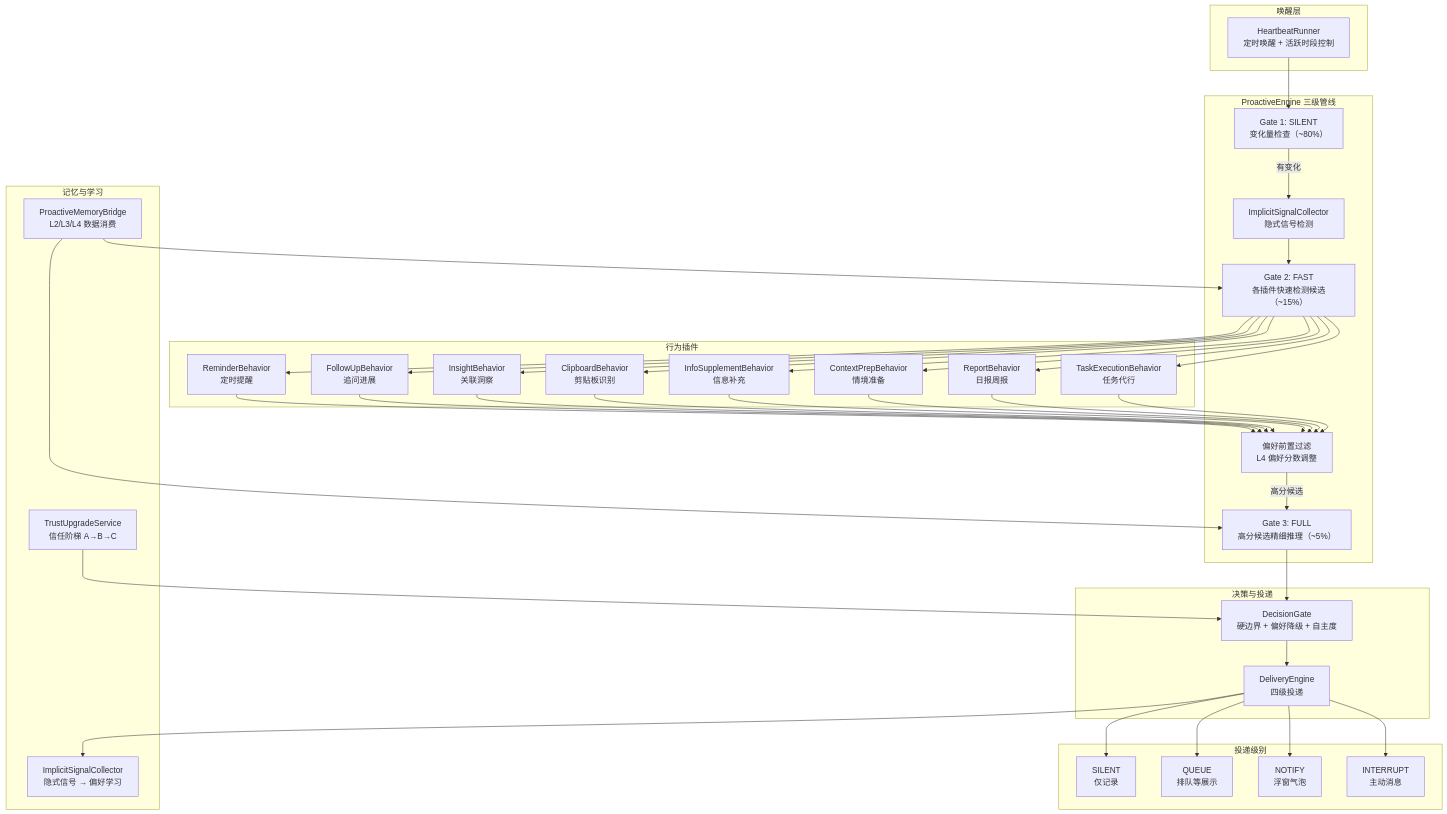
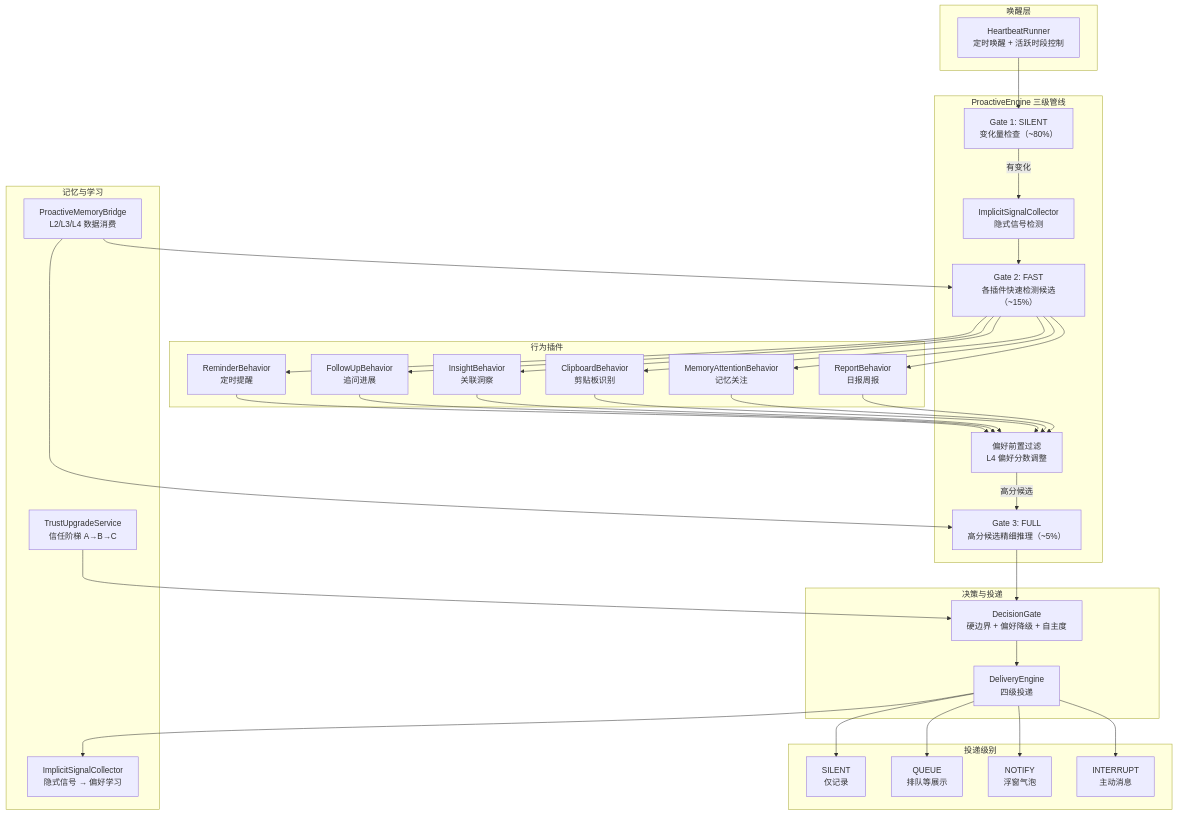
Before and after one commit to ntygod/LifePilot: the first of 2 diagrams in docs/architecture/proactive-reminder-engine.md, drawn with Mermaid. The commit also changed other lines of this file and 31 other files, not shown here.

````diff
--- a/docs/architecture/proactive-reminder-engine.md
+++ b/docs/architecture/proactive-reminder-engine.md
@@ -113,57 +111,55 @@
 ```mermaid
 graph TB
     subgraph "唤醒层"
         HB["HeartbeatRunner<br/>定时唤醒 + 活跃时段控制"]
     end
 
     subgraph "ProactiveEngine 三级管线"
         G1["Gate 1: SILENT<br/>变化量检查（~80%）"]
         ISC["ImplicitSignalCollector<br/>隐式信号检测"]
         G2["Gate 2: FAST<br/>各插件快速检测候选（~15%）"]
         PREF["偏好前置过滤<br/>L4 偏好分数调整"]
         G3["Gate 3: FULL<br/>高分候选精细推理（~5%）"]
     end
 
     subgraph "行为插件"
         B1["ReminderBehavior<br/>定时提醒"]
         B2["FollowUpBehavior<br/>追问进展"]
         B3["InsightBehavior<br/>关联洞察"]
         B4["ClipboardBehavior<br/>剪贴板识别"]
-        B5["InfoSupplementBehavior<br/>信息补充"]
-        B6["ContextPrepBehavior<br/>情境准备"]
-        B7["ReportBehavior<br/>日报周报"]
-        B8["TaskExecutionBehavior<br/>任务代行"]
+        B5["MemoryAttentionBehavior<br/>记忆关注"]
+        B6["ReportBehavior<br/>日报周报"]
     end
 
     subgraph "决策与投递"
         DG["DecisionGate<br/>硬边界 + 偏好降级 + 自主度"]
         DE["DeliveryEngine<br/>四级投递"]
     end
 
     subgraph "记忆与学习"
         MB["ProactiveMemoryBridge<br/>L2/L3/L4 数据消费"]
         TS["TrustUpgradeService<br/>信任阶梯 A→B→C"]
         ISC2["ImplicitSignalCollector<br/>隐式信号 → 偏好学习"]
     end
 
     subgraph "投递级别"
         SILENT["SILENT<br/>仅记录"]
         QUEUE["QUEUE<br/>排队等展示"]
         NOTIFY["NOTIFY<br/>浮窗气泡"]
         INTERRUPT["INTERRUPT<br/>主动消息"]
     end
 
     HB --> G1
     G1 -->|有变化| ISC
     ISC --> G2
-    G2 --> B1 & B2 & B3 & B4 & B5 & B6 & B7 & B8
-    B1 & B2 & B3 & B4 & B5 & B6 & B7 & B8 --> PREF
+    G2 --> B1 & B2 & B3 & B4 & B5 & B6
+    B1 & B2 & B3 & B4 & B5 & B6 --> PREF
     PREF -->|高分候选| G3
     G3 --> DG
     DG --> DE
     DE --> SILENT & QUEUE & NOTIFY & INTERRUPT
     MB --> G2
     MB --> G3
     TS --> DG
     DE --> ISC2
 ```
````
